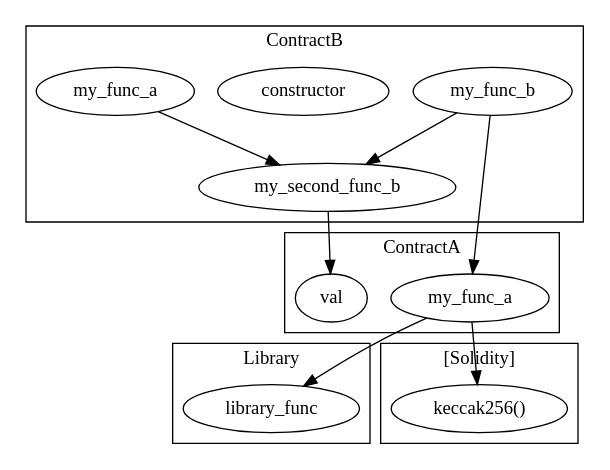
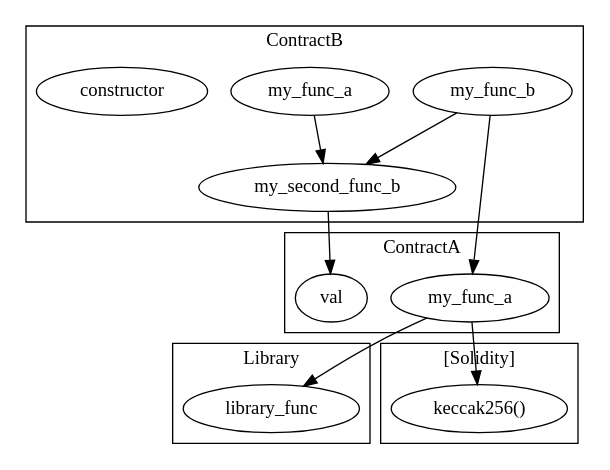
Before and after one commit to crytic/slither: the diagram in examples/printers/call_graph.sol.dot, drawn with Graphviz. The commit also changed other lines of this file and 35 other files, not shown here.

```diff
--- a/examples/printers/call_graph.sol.dot
+++ b/examples/printers/call_graph.sol.dot
@@ -1,28 +1,28 @@
 strict digraph {
 subgraph cluster_5_Library {
 label = "Library"
 "5_library_func" [label="library_func"]
 }
 subgraph cluster_22_ContractA {
 label = "ContractA"
 "22_my_func_a" [label="my_func_a"]
 "22_val" [label="val"]
 }
 subgraph cluster_63_ContractB {
 label = "ContractB"
 "63_my_second_func_b" [label="my_second_func_b"]
+"63_my_func_b" [label="my_func_b"]
 "63_my_func_a" [label="my_func_a"]
 "63_constructor" [label="constructor"]
-"63_my_func_b" [label="my_func_b"]
+"63_my_func_a" -> "63_my_second_func_b"
 "63_my_func_b" -> "63_my_second_func_b"
-"63_my_func_a" -> "63_my_second_func_b"
 }
 subgraph cluster_solidity {
 label = "[Solidity]"
 "keccak256()" 
 "22_my_func_a" -> "keccak256()"
 }
 "22_my_func_a" -> "5_library_func"
 "63_my_func_b" -> "22_my_func_a"
 "63_my_second_func_b" -> "22_val"
 }
```
